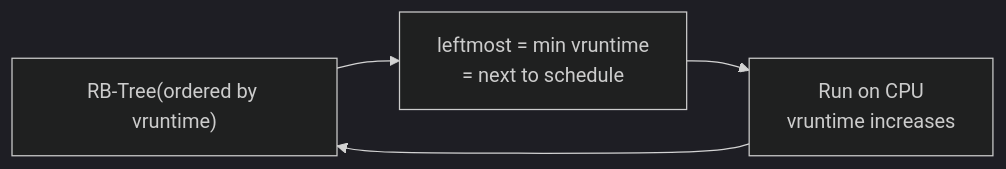
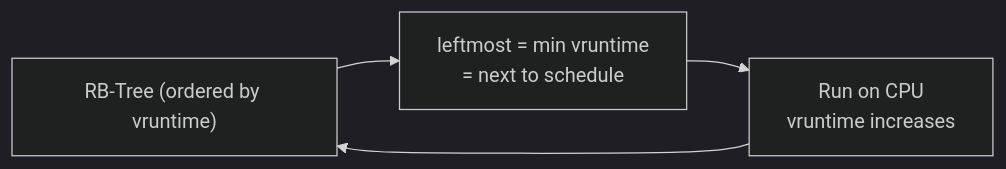
One commit to pploc/swe-icon-the-moment changed the diagram in content/questions/fundamentals/cfs-scheduler.md. Above: the diagram before and after it, drawn with Mermaid (dark theme). The commit also changed 95 other files, not shown here.

Commit message:
fix: update the practice mode diagram bug not display

````diff
--- a/content/questions/fundamentals/cfs-scheduler.md
+++ b/content/questions/fundamentals/cfs-scheduler.md
@@ -30,8 +30,9 @@
 ```mermaid
 flowchart LR
-    RBT["RB-Tree(ordered by vruntime)"] --> Min["leftmost = min vruntime\n= next to schedule"]
+    RBT["RB-Tree (ordered by vruntime)"] --> Min["leftmost = min vruntime\n= next to schedule"]
     Min --> CPU["Run on CPU\nvruntime increases"]
     CPU --> RBT
 
 
+
 ```
````
